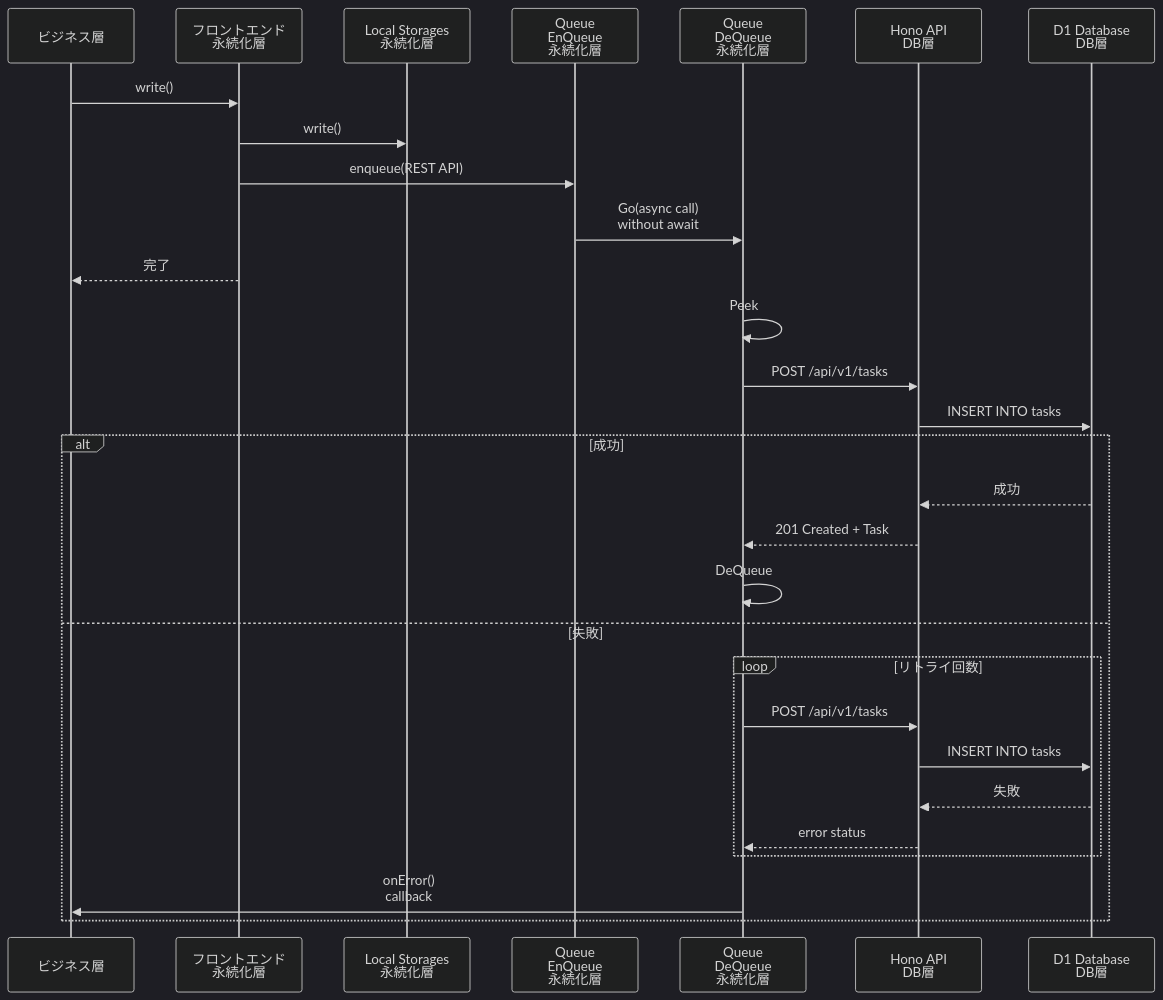
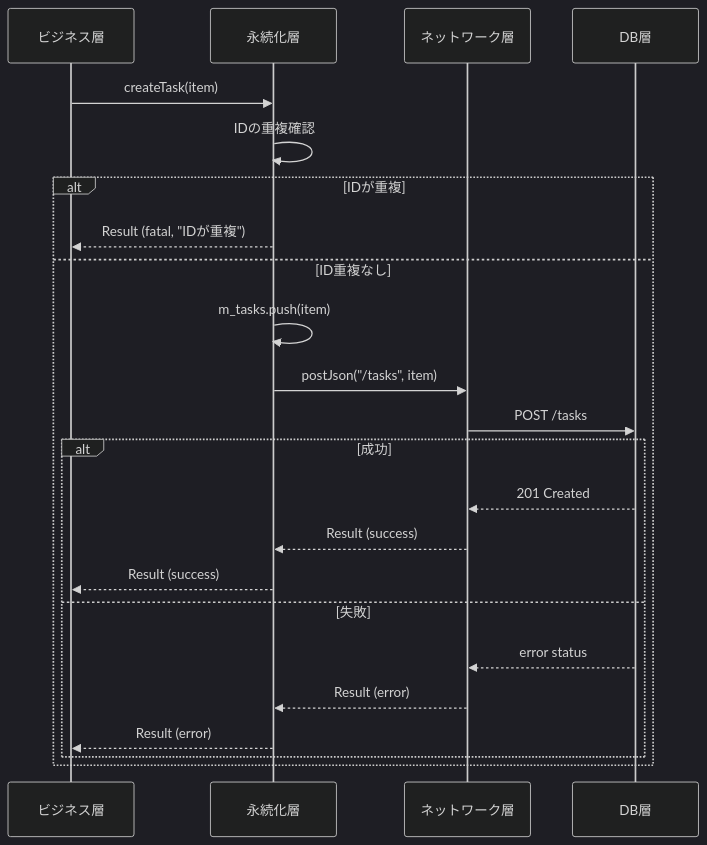
The third of 4 diagrams in doc/06_02_PERSISTENT_SPEC.md (osawa-naotaka/vanishtodo), drawn with Mermaid (dark theme) before and after one commit. The commit also changed other lines of this file and 2 other files, not shown here.

````diff
--- a/doc/06_02_PERSISTENT_SPEC.md
+++ b/doc/06_02_PERSISTENT_SPEC.md
@@ -168,34 +121,28 @@
 ```mermaid
 sequenceDiagram
     participant Business as ビジネス層
-    participant Front as フロントエンド<br>永続化層
-    participant Local as Local Storages<br>永続化層
-    participant EnQueue as Queue<br>EnQueue<br>永続化層
-    participant DeQueue as Queue<br>DeQueue<br>永続化層
-    participant API as Hono API<br>DB層
-    participant DB as D1 Database<br>DB層
-    
-    Business->>Front: write()
-    Front->>Local: write()
-    Front->>EnQueue: enqueue(REST API)
-    EnQueue->>DeQueue: Go(async call)<br>without await
-    Front-->>Business: 完了
-    
-    DeQueue->>DeQueue: Peek
-    DeQueue->>API: POST /api/v1/tasks
-    API->>DB: INSERT INTO tasks
+    participant Persistent as 永続化層
+    participant Network as ネットワーク層
+    participant DB as DB層
 
-    alt 成功
-        DB-->>API: 成功
-        API-->>DeQueue: 201 Created + Task
-        DeQueue->>DeQueue: DeQueue
-    else 失敗
-        loop リトライ回数
-            DeQueue->>API: POST /api/v1/tasks
-            API->>DB: INSERT INTO tasks
-            DB-->>API: 失敗
-            API-->>DeQueue: error status
+    Business->>Persistent: createTask(item)
+    Persistent->>Persistent: IDの重複確認
+
+    alt IDが重複
+        Persistent-->>Business: Result (fatal, "IDが重複")
+    else ID重複なし
+        Persistent->>Persistent: m_tasks.push(item)
+        Persistent->>Network: postJson("/tasks", item)
+        Network->>DB: POST /tasks
+
+        alt 成功
+            DB-->>Network: 201 Created
+            Network-->>Persistent: Result (success)
+            Persistent-->>Business: Result (success)
+        else 失敗
+            DB-->>Network: error status
+            Network-->>Persistent: Result (error)
+            Persistent-->>Business: Result (error)
         end
-        DeQueue->>Business: onError()<br>callback
     end
 ```
````
